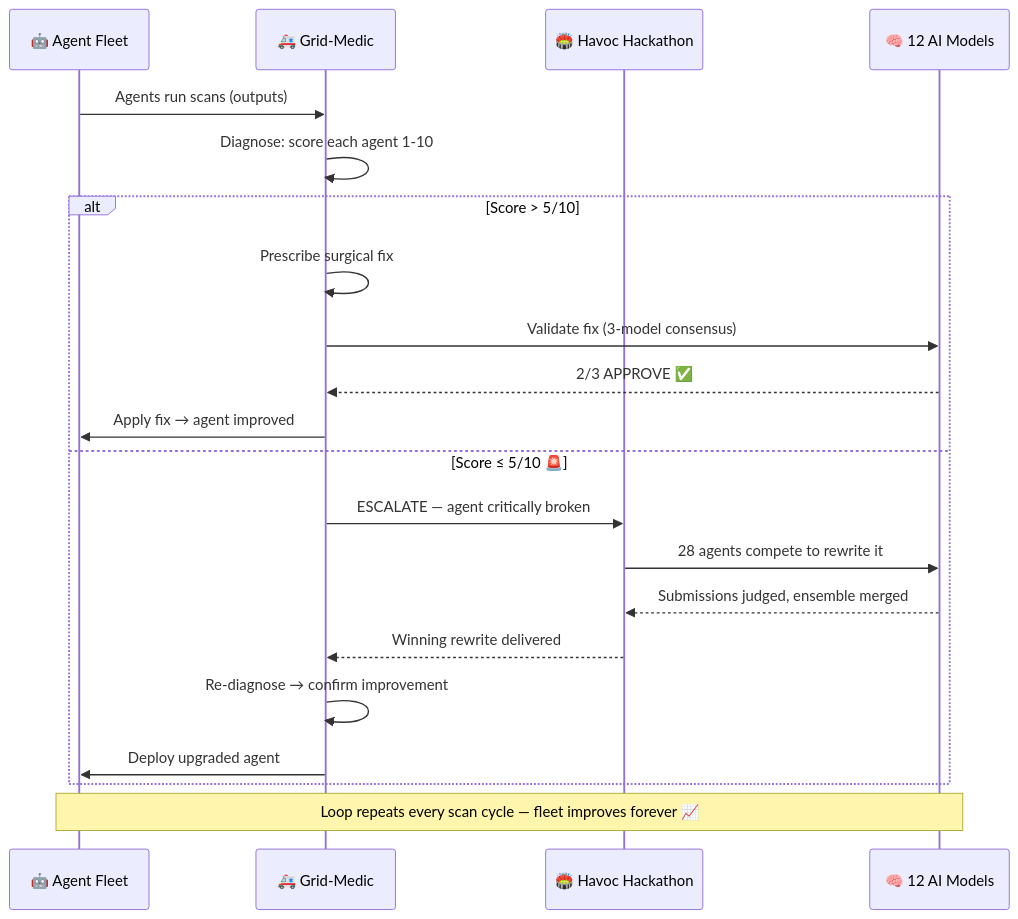
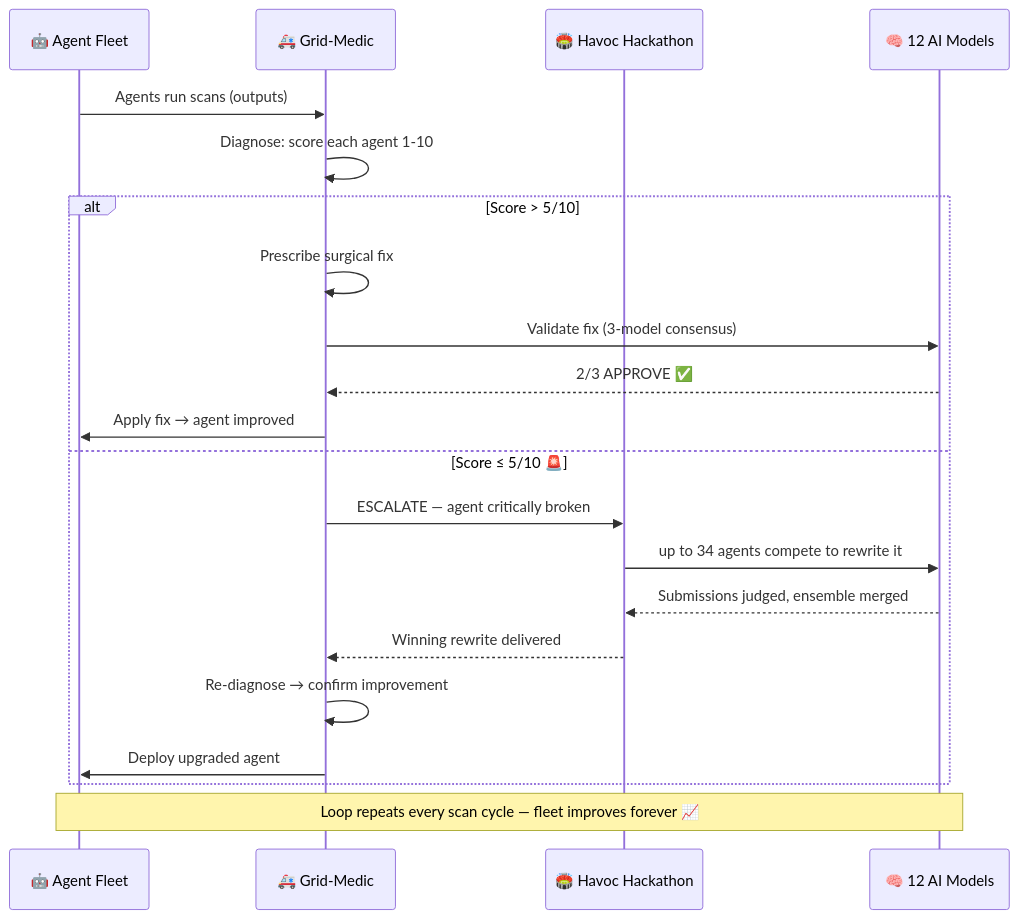
One commit to DUBSOpenHub/havoc-hackathon changed the fourth of 5 diagrams in docs/GRID-MEDIC-ARCHITECTURE.md. Above: the diagram before and after it, drawn with Mermaid. The commit also changed other lines of this file and 3 other files, not shown here.

````diff
--- a/docs/GRID-MEDIC-ARCHITECTURE.md
+++ b/docs/GRID-MEDIC-ARCHITECTURE.md
@@ -122,26 +122,26 @@
 ```mermaid
 sequenceDiagram
     participant Fleet as 🤖 Agent Fleet
     participant Medic as 🚑 Grid-Medic
     participant Arena as 🏟️ Havoc Hackathon
     participant Models as 🧠 12 AI Models
 
     Fleet->>Medic: Agents run scans (outputs)
     Medic->>Medic: Diagnose: score each agent 1-10
 
     alt Score > 5/10
         Medic->>Medic: Prescribe surgical fix
         Medic->>Models: Validate fix (3-model consensus)
         Models-->>Medic: 2/3 APPROVE ✅
         Medic->>Fleet: Apply fix → agent improved
     else Score ≤ 5/10 🚨
         Medic->>Arena: ESCALATE — agent critically broken
-        Arena->>Models: 28 agents compete to rewrite it
+        Arena->>Models: up to 34 agents compete to rewrite it
         Models-->>Arena: Submissions judged, ensemble merged
         Arena-->>Medic: Winning rewrite delivered
         Medic->>Medic: Re-diagnose → confirm improvement
         Medic->>Fleet: Deploy upgraded agent
     end
 
     Note over Fleet,Models: Loop repeats every scan cycle — fleet improves forever 📈
 ```
````
